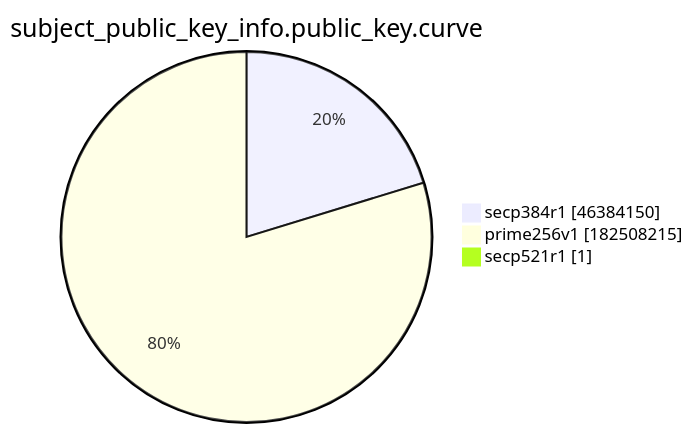
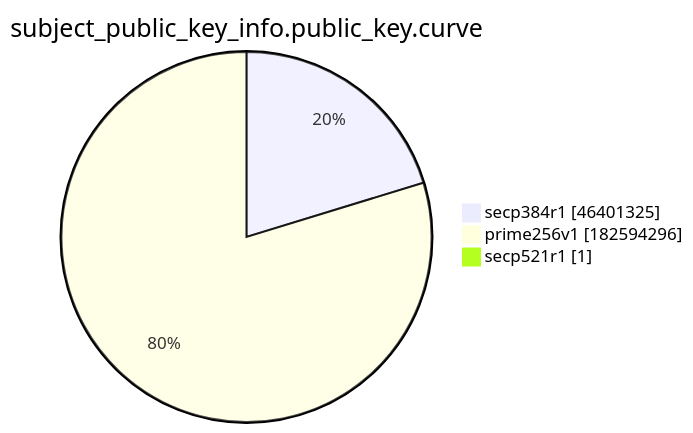
One commit to christiankrug/ctmonitor_visualization changed the ninth of 15 diagrams in xenon2022/README.md. Above: the diagram before and after it, drawn with Mermaid. The commit also changed other lines of this file, not shown here.

````diff
--- a/xenon2022/README.md
+++ b/xenon2022/README.md
@@ -2874,7 +2874,7 @@
 ```mermaid
 pie showData
 title subject_public_key_info.public_key.curve
-"secp384r1" :46384150
-"prime256v1" :182508215
+"secp384r1" :46401325
+"prime256v1" :182594296
 "secp521r1" :1
 ```
````
